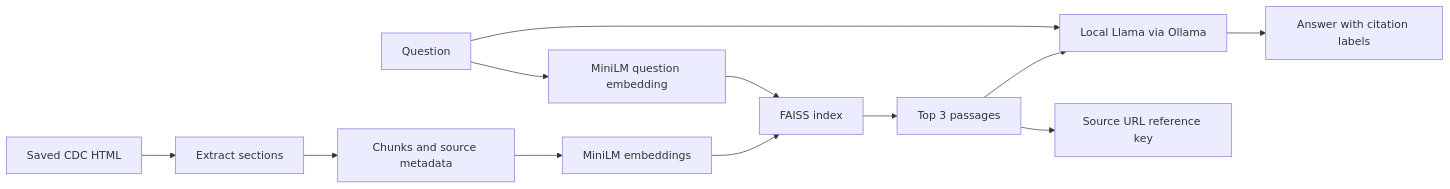
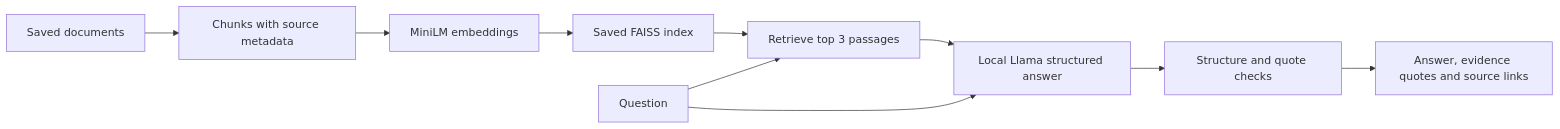
One commit to santhosh-madha/healthcare-rag-assistant changed the diagram in README.md. Above: the diagram before and after it, drawn with Mermaid. The commit also changed other lines of this file and 73 other files, not shown here.

````diff
--- a/README.md
+++ b/README.md
@@ -24,14 +34,12 @@
 ```mermaid
 flowchart LR
-    A[Saved CDC HTML] --> B[Extract sections]
-    B --> C[Chunks and source metadata]
-    C --> D[MiniLM embeddings]
-    D --> E[FAISS index]
-    Q[Question] --> F[MiniLM question embedding]
-    F --> E
-    E --> G[Top 3 passages]
-    G --> H[Local Llama via Ollama]
-    Q --> H
-    H --> I[Answer with citation labels]
-    G --> J[Source URL reference key]
+    D[Saved documents] --> C[Chunks with source metadata]
+    C --> E[MiniLM embeddings]
+    E --> I[Saved FAISS index]
+    Q[Question] --> R[Retrieve top 3 passages]
+    I --> R
+    R --> L[Local Llama structured answer]
+    Q --> L
+    L --> V[Structure and quote checks]
+    V --> U[Answer, evidence quotes and source links]
 ```
````
